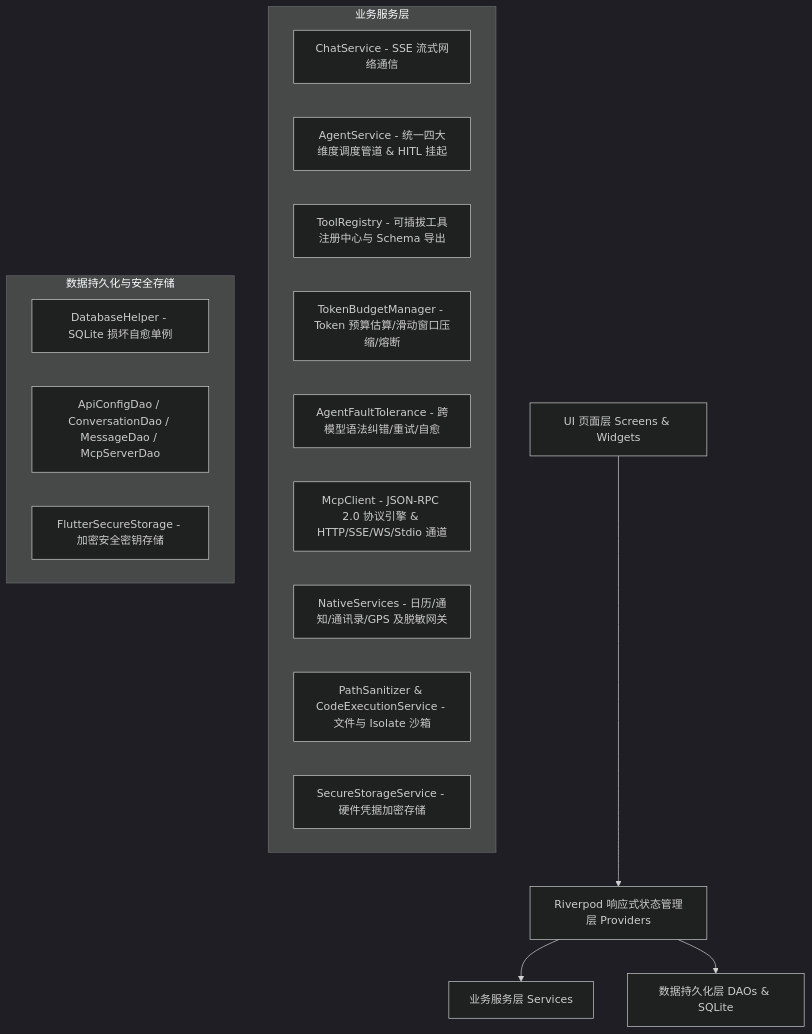
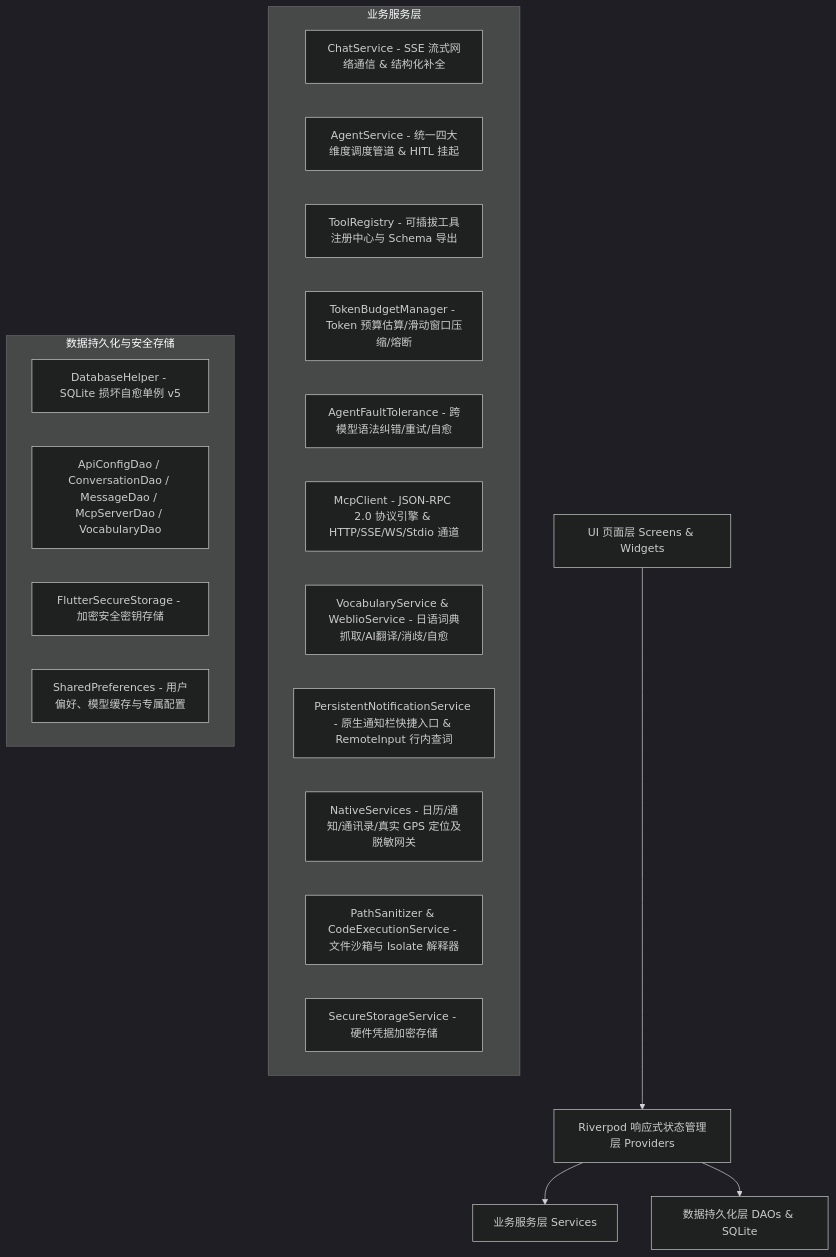
Before and after one commit to naruse-love/chat-app: the diagram in README.md, drawn with Mermaid (dark theme). The commit also changed other lines of this file and 4 other files, not shown here.

Commit message:
docs: overhaul README.md to v1.33.0 architecture and feature baseline

````diff
--- a/README.md
+++ b/README.md
@@ -109,24 +165,27 @@
 ```mermaid
 graph TD
     A[UI 页面层 Screens & Widgets] --> B[Riverpod 响应式状态管理层 Providers]
     B --> C[业务服务层 Services]
     B --> D[数据持久化层 DAOs & SQLite]
     
     subgraph Services [业务服务层]
-        C1[ChatService - SSE 流式网络通信]
+        C1[ChatService - SSE 流式网络通信 & 结构化补全]
         C2[AgentService - 统一四大维度调度管道 & HITL 挂起]
         C3[ToolRegistry - 可插拔工具注册中心与 Schema 导出]
         C4[TokenBudgetManager - Token 预算估算/滑动窗口压缩/熔断]
         C5[AgentFaultTolerance - 跨模型语法纠错/重试/自愈]
         C6[McpClient - JSON-RPC 2.0 协议引擎 & HTTP/SSE/WS/Stdio 通道]
-        C7[NativeServices - 日历/通知/通讯录/GPS 及脱敏网关]
-        C8[PathSanitizer & CodeExecutionService - 文件与 Isolate 沙箱]
-        C9[SecureStorageService - 硬件凭据加密存储]
+        C7[VocabularyService & WeblioService - 日语词典抓取/AI翻译/消歧/自愈]
+        C8[PersistentNotificationService - 原生通知栏快捷入口 & RemoteInput 行内查词]
+        C9[NativeServices - 日历/通知/通讯录/真实 GPS 定位及脱敏网关]
+        C10[PathSanitizer & CodeExecutionService - 文件沙箱与 Isolate 解释器]
+        C11[SecureStorageService - 硬件凭据加密存储]
     end
     
     subgraph Data [数据持久化与安全存储]
-        D1[DatabaseHelper - SQLite 损坏自愈单例]
-        D2[ApiConfigDao / ConversationDao / MessageDao / McpServerDao]
+        D1[DatabaseHelper - SQLite 损坏自愈单例 v5]
+        D2[ApiConfigDao / ConversationDao / MessageDao / McpServerDao / VocabularyDao]
         D3[FlutterSecureStorage - 加密安全密钥存储]
+        D4[SharedPreferences - 用户偏好、模型缓存与专属配置]
     end
 ```
````
